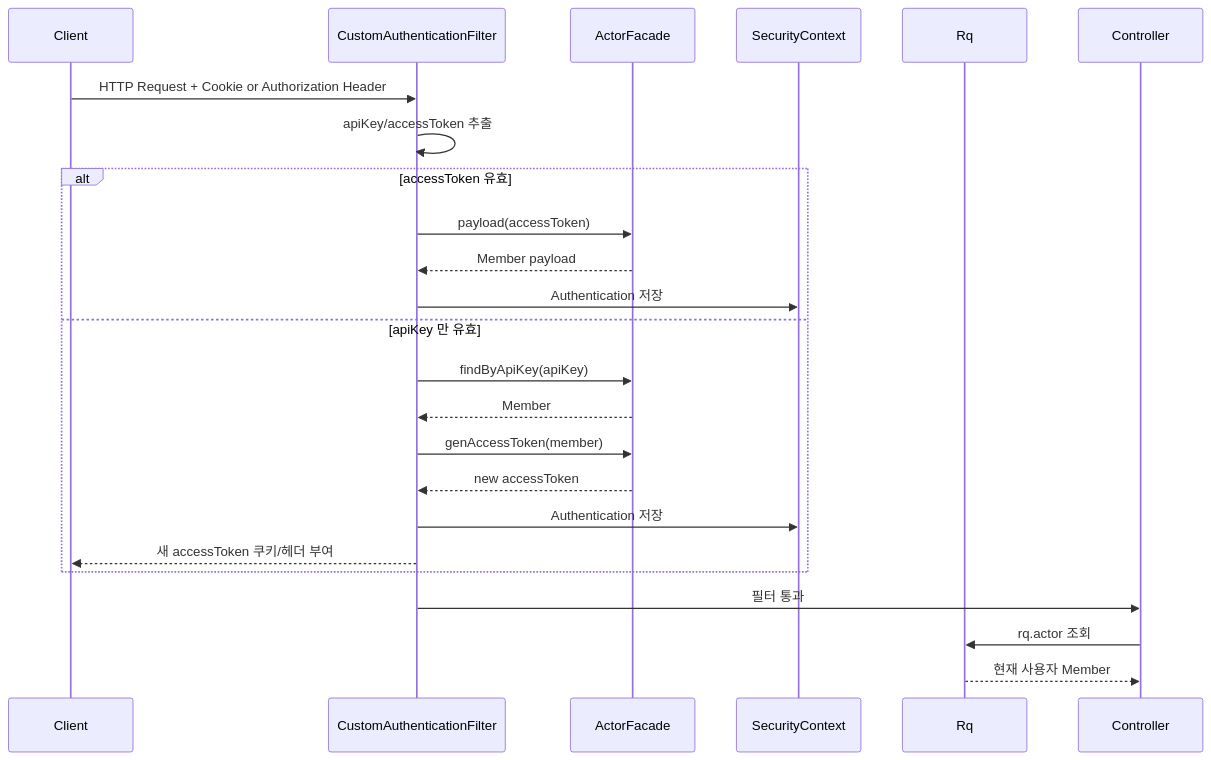
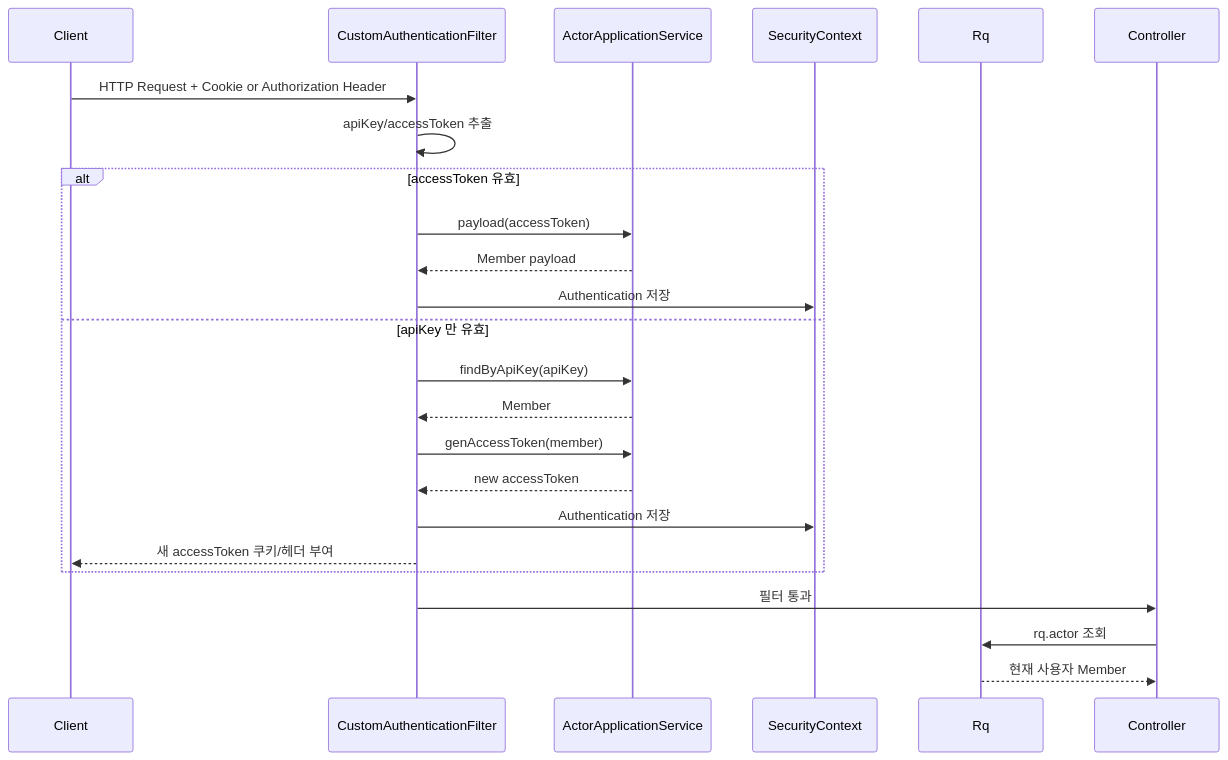
One commit to AquilaXk/aquila-blog changed the third of 7 diagrams in back/README.md. Above: the diagram before and after it, drawn with Mermaid. The commit also changed other lines of this file and 2 other files, not shown here.

````diff
--- a/back/README.md
+++ b/back/README.md
@@ -523,27 +525,27 @@
 ```mermaid
 sequenceDiagram
     participant C as Client
     participant F as CustomAuthenticationFilter
-    participant A as ActorFacade
+    participant A as ActorApplicationService
     participant S as SecurityContext
     participant R as Rq
     participant CT as Controller
 
     C->>F: HTTP Request + Cookie or Authorization Header
     F->>F: apiKey/accessToken 추출
     alt accessToken 유효
         F->>A: payload(accessToken)
         A-->>F: Member payload
         F->>S: Authentication 저장
     else apiKey 만 유효
         F->>A: findByApiKey(apiKey)
         A-->>F: Member
         F->>A: genAccessToken(member)
         A-->>F: new accessToken
         F->>S: Authentication 저장
         F-->>C: 새 accessToken 쿠키/헤더 부여
     end
     F->>CT: 필터 통과
     CT->>R: rq.actor 조회
     R-->>CT: 현재 사용자 Member
 ```
````
